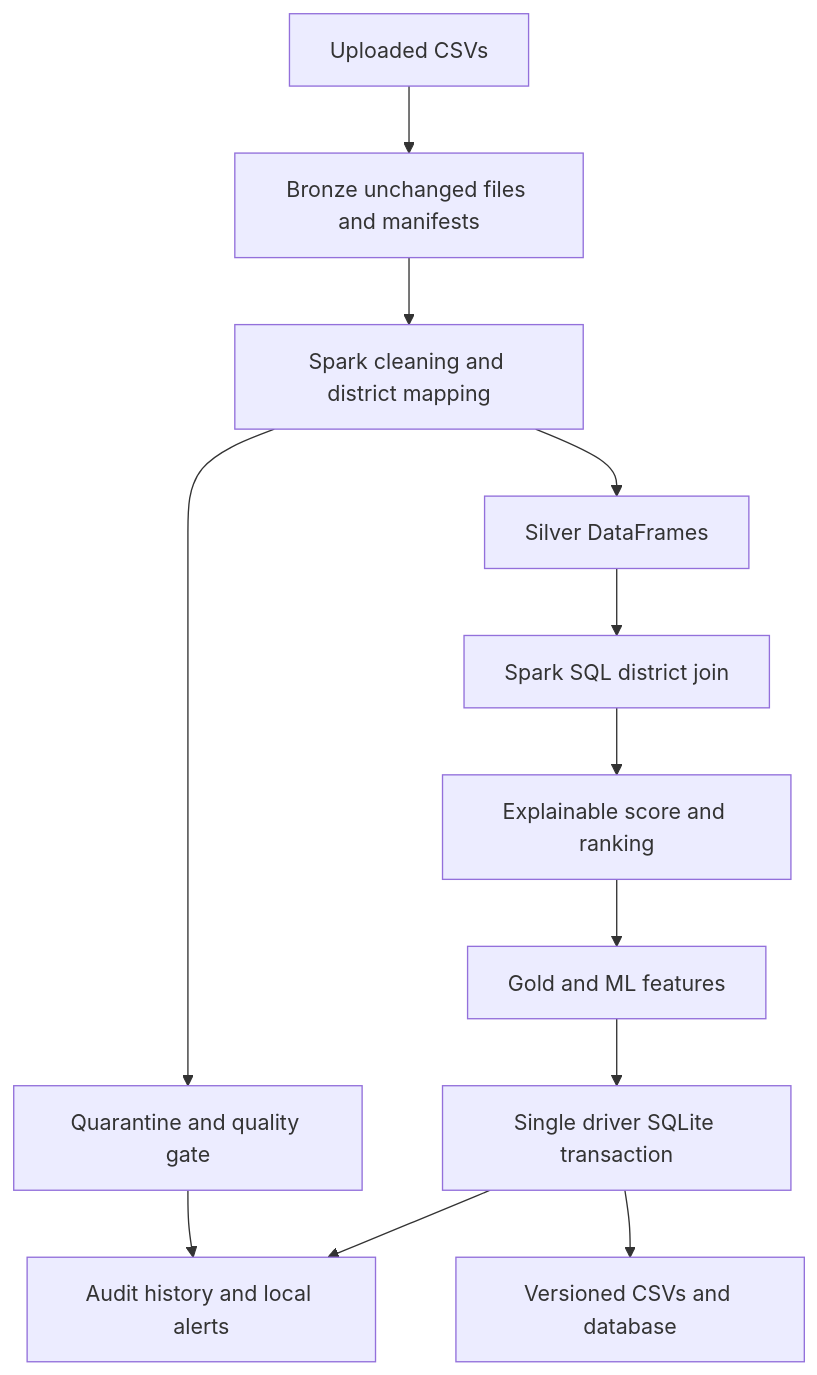
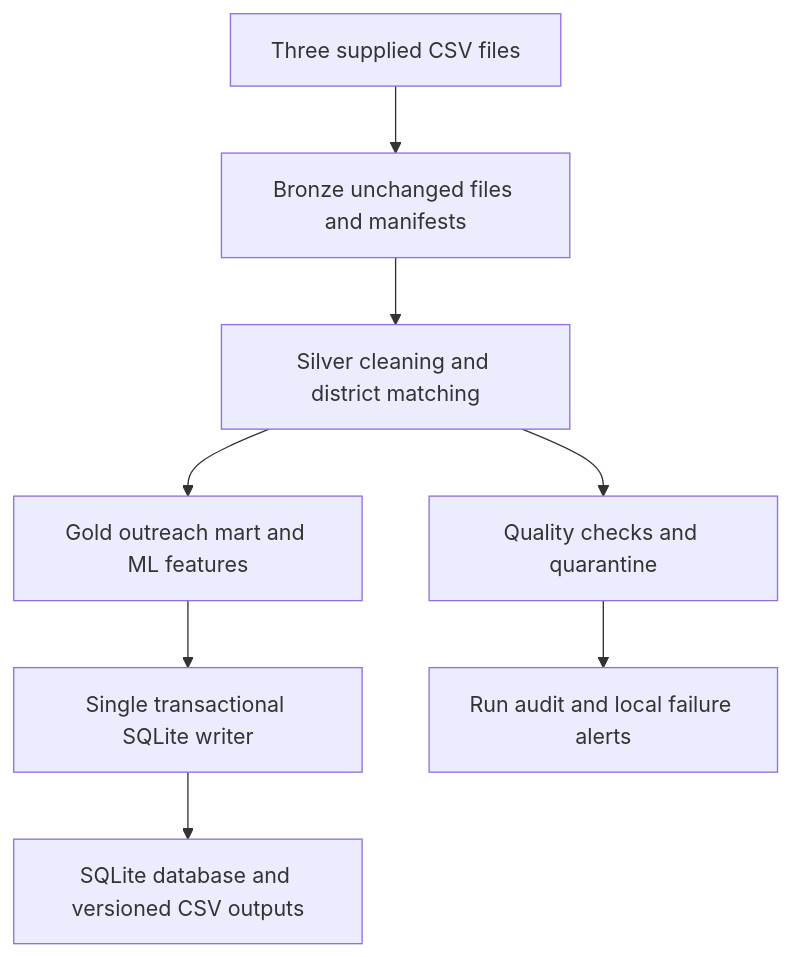
Before and after one commit to ruturajpatra99/Jharkhand_mini_UDDP: the diagram in README.md, drawn with Mermaid. The commit also changed other lines of this file, not shown here.

````diff
--- a/README.md
+++ b/README.md
@@ -63,14 +178,10 @@
 ```mermaid
 flowchart TD
- S[Uploaded CSVs] --> B[Bronze unchanged files and manifests]
- B --> C[Spark cleaning and district mapping]
- C --> Q[Quarantine and quality gate]
- C --> V[Silver DataFrames]
- V --> G[Spark SQL district join]
- G --> R[Explainable score and ranking]
- R --> M[Gold and ML features]
- M --> L[Single driver SQLite transaction]
- L --> O[Versioned CSVs and database]
- Q --> A[Audit history and local alerts]
- L --> A
+    A[Three supplied CSV files] --> B[Bronze unchanged files and manifests]
+    B --> C[Silver cleaning and district matching]
+    C --> D[Quality checks and quarantine]
+    C --> E[Gold outreach mart and ML features]
+    E --> F[Single transactional SQLite writer]
+    F --> G[SQLite database and versioned CSV outputs]
+    D --> H[Run audit and local failure alerts]
 ```
````
